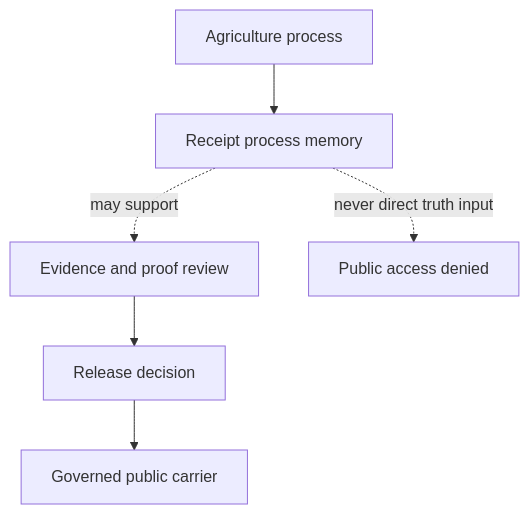
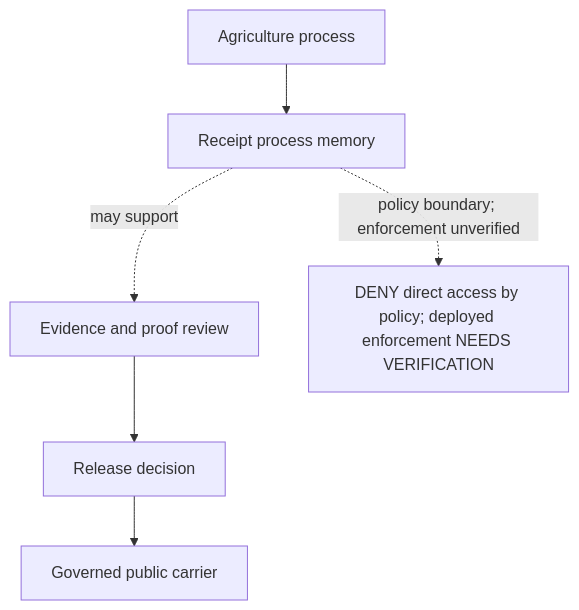
Before and after one commit to bartytime4life/Kansas-Frontier-Matrix: the diagram in data/receipts/agriculture/README.md, drawn with Mermaid. The commit also changed other lines of this file, not shown here.

````diff
--- a/data/receipts/agriculture/README.md
+++ b/data/receipts/agriculture/README.md
@@ -276,8 +279,8 @@
 ```mermaid
 flowchart TD
   P["Agriculture process"] --> R["Receipt process memory"]
   R -. "may support" .-> E["Evidence and proof review"]
   E --> D["Release decision"]
   D --> C["Governed public carrier"]
-  R -. "never direct truth input" .-> X["Public access denied"]
+  R -. "policy boundary; enforcement unverified" .-> X["DENY direct access by policy; deployed enforcement NEEDS VERIFICATION"]
 ```
````
